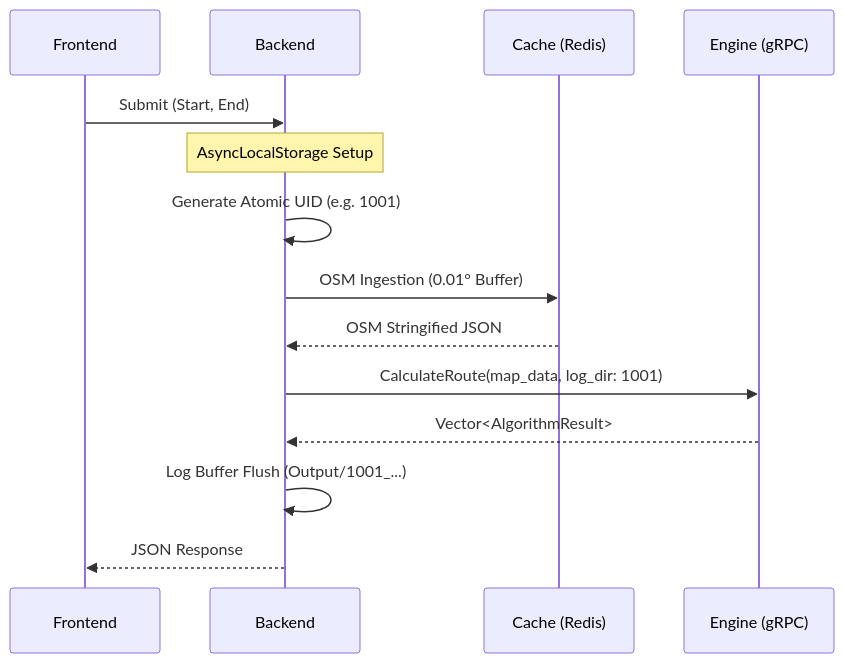
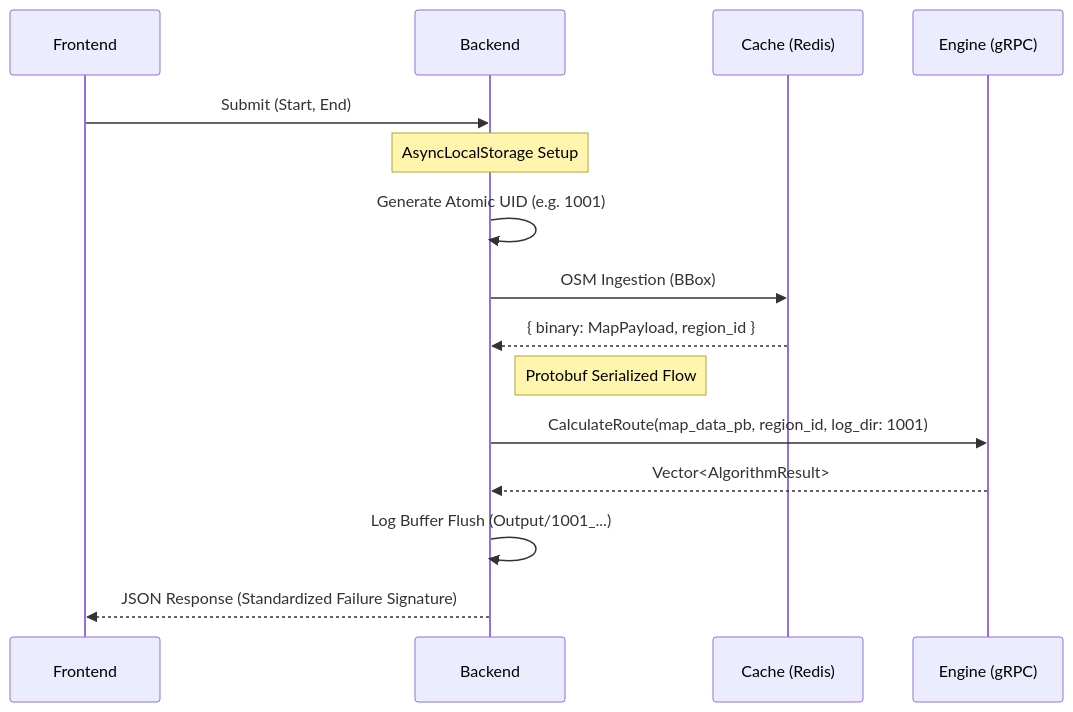
One commit to SaarthakBatra/AI-Route-Planning-system-for-Electric-Vehicles changed the second of 2 diagrams in modules/backend/README.md. Above: the diagram before and after it, drawn with Mermaid. The commit also changed other lines of this file and 42 other files, not shown here.

Commit message:
Development Stage 4 Complete - Map Graph Persistence & Protobuf Implementation

````diff
--- a/modules/backend/README.md
+++ b/modules/backend/README.md
@@ -19,17 +19,18 @@
 ```mermaid
 sequenceDiagram
     participant F as Frontend
     participant B as Backend
     participant C as Cache (Redis)
     participant E as Engine (gRPC)
 
     F->>B: Submit (Start, End)
     Note over B: AsyncLocalStorage Setup
     B->>B: Generate Atomic UID (e.g. 1001)
-    B->>C: OSM Ingestion (0.01° Buffer)
-    C-->>B: OSM Stringified JSON
-    B->>E: CalculateRoute(map_data, log_dir: 1001)
+    B->>C: OSM Ingestion (BBox)
+    C-->>B: { binary: MapPayload, region_id }
+    Note right of B: Protobuf Serialized Flow
+    B->>E: CalculateRoute(map_data_pb, region_id, log_dir: 1001)
     E-->>B: Vector<AlgorithmResult>
     B->>B: Log Buffer Flush (Output/1001_...)
-    B-->>F: JSON Response
+    B-->>F: JSON Response (Standardized Failure Signature)
 ```
````
